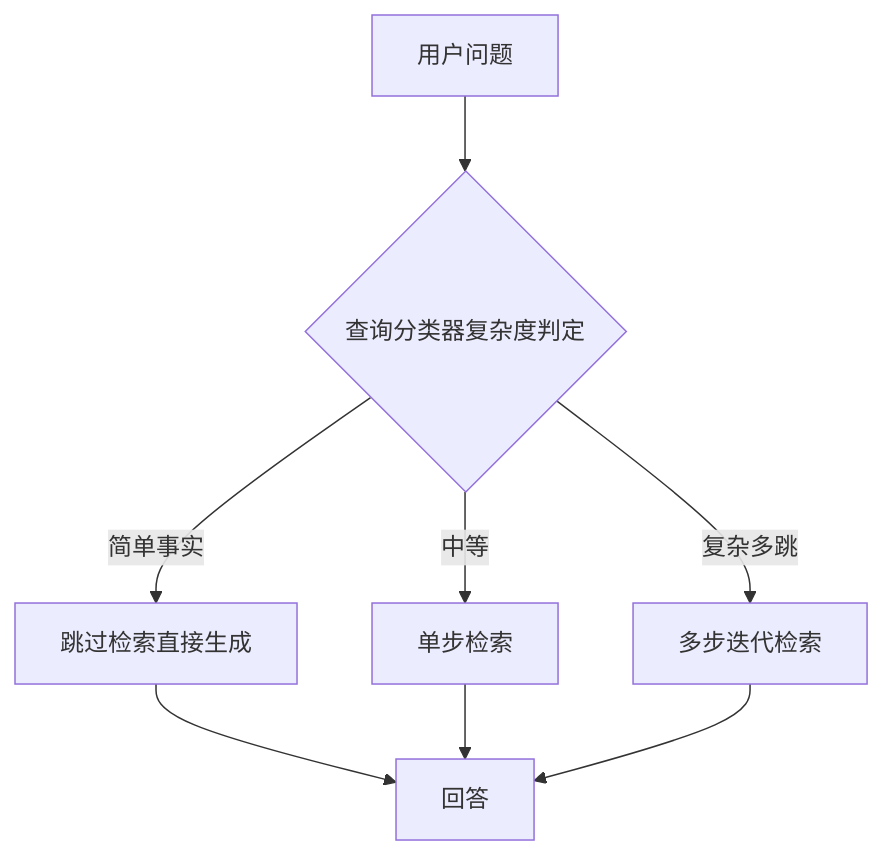
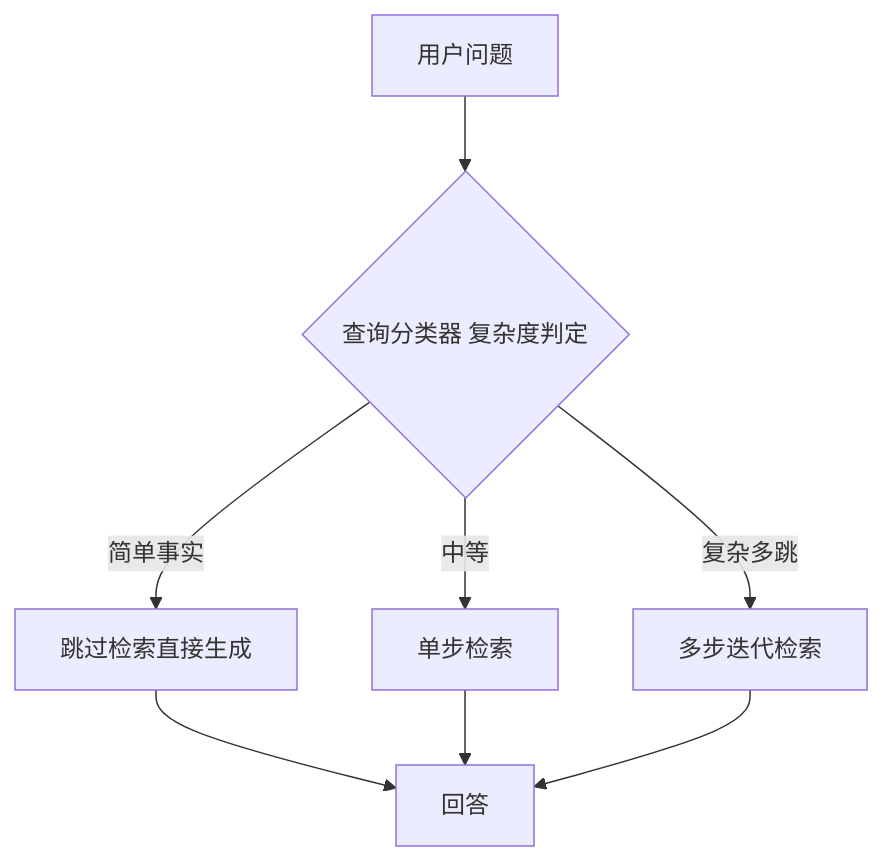
Diagram 11 of 18 in docs/kb_retrieval_solutions.md (Laughingtt/kb-retrieval-sys), drawn with Mermaid before and after one commit. The commit also changed other lines of this file, not shown here.

````diff
--- a/docs/kb_retrieval_solutions.md
+++ b/docs/kb_retrieval_solutions.md
@@ -417,10 +446,10 @@
 ```mermaid
 flowchart TD
-    Q[用户问题] --> C{查询分类器复杂度判定}
+    Q[用户问题] --> C{查询分类器 复杂度判定}
     C -->|简单事实| N[跳过检索直接生成]
     C -->|中等| S[单步检索]
     C -->|复杂多跳| M[多步迭代检索]
     N --> A[回答]
     S --> A
     M --> A
 ```
````
